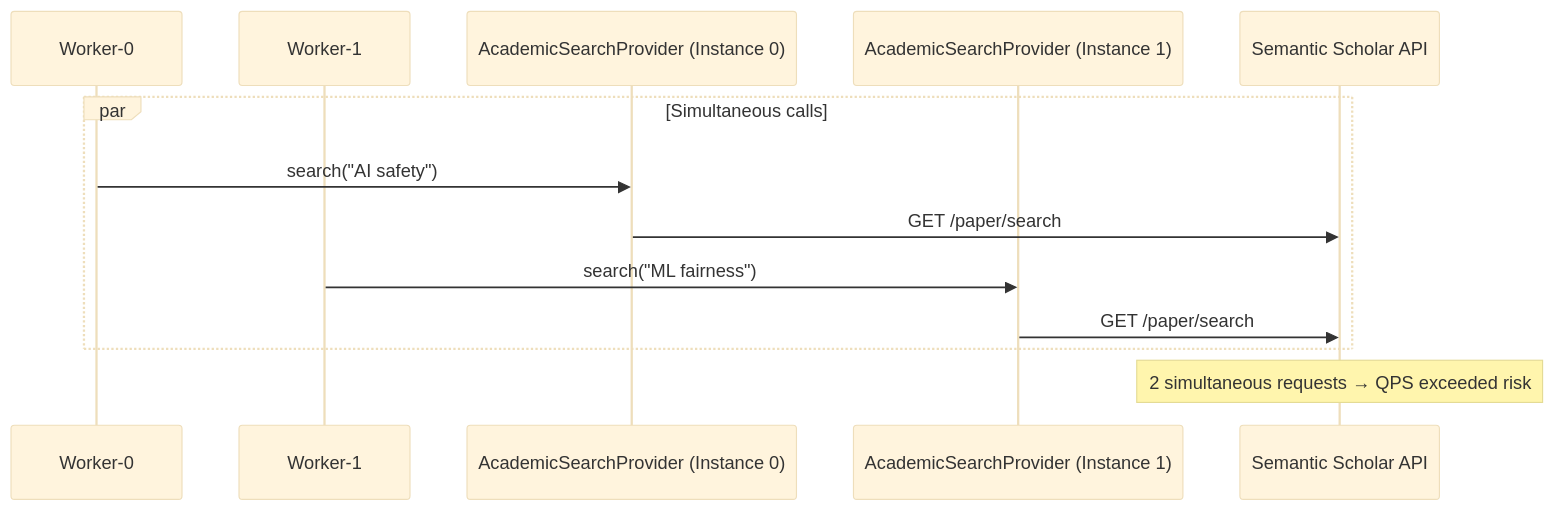
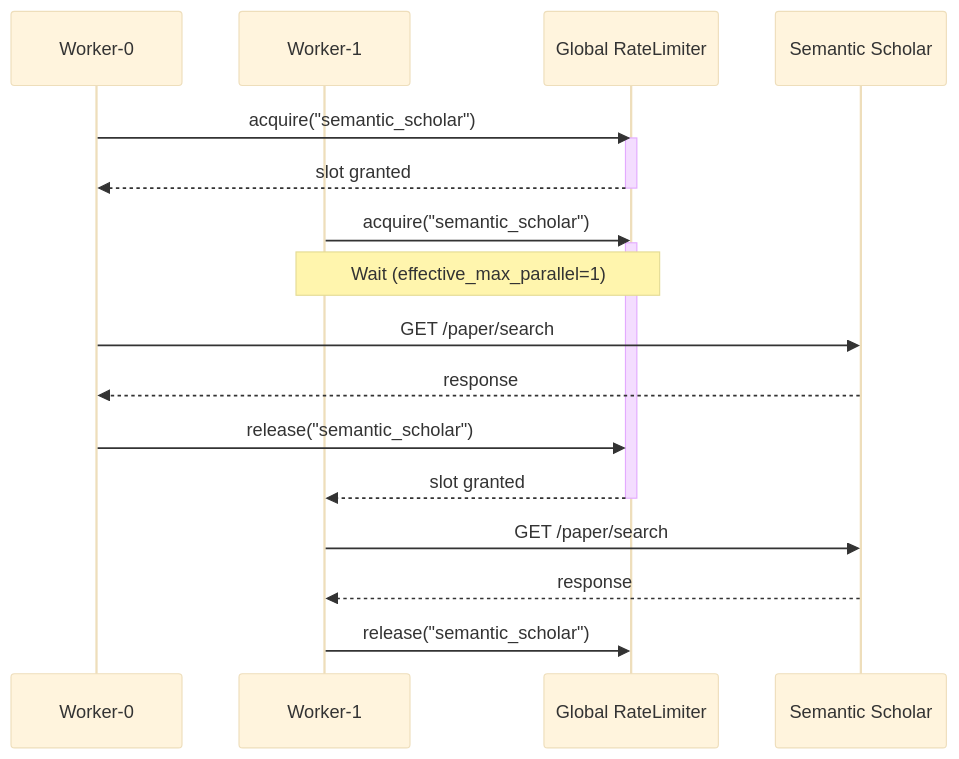
One commit to k-shibuki/lyra changed the diagram in docs/adr/0013-worker-resource-contention.md. Above: the diagram before and after it, drawn with Mermaid (base theme). The commit also changed other lines of this file and 54 other files, not shown here.

````diff
--- a/docs/adr/0013-worker-resource-contention.md
+++ b/docs/adr/0013-worker-resource-contention.md
@@ -33,16 +54,26 @@
 ```mermaid
 sequenceDiagram
     participant W0 as Worker-0
     participant W1 as Worker-1
-    participant ASP0 as AcademicSearchProvider (Instance 0)
-    participant ASP1 as AcademicSearchProvider (Instance 1)
-    participant S2 as Semantic Scholar API
+    participant RL as Global RateLimiter
+    participant S2 as Semantic Scholar
 
-    par Simultaneous calls
-        W0->>ASP0: search("AI safety")
-        ASP0->>S2: GET /paper/search
-        W1->>ASP1: search("ML fairness")
-        ASP1->>S2: GET /paper/search
-    end
-    Note over S2: 2 simultaneous requests → QPS exceeded risk
+    W0->>RL: acquire("semantic_scholar")
+    activate RL
+    RL-->>W0: slot granted
+    deactivate RL
+    
+    W1->>RL: acquire("semantic_scholar")
+    activate RL
+    Note over W1,RL: Wait (effective_max_parallel=1)
+    
+    W0->>S2: GET /paper/search
+    S2-->>W0: response
+    W0->>RL: release("semantic_scholar")
+    
+    RL-->>W1: slot granted
+    deactivate RL
+    W1->>S2: GET /paper/search
+    S2-->>W1: response
+    W1->>RL: release("semantic_scholar")
 ```
````
